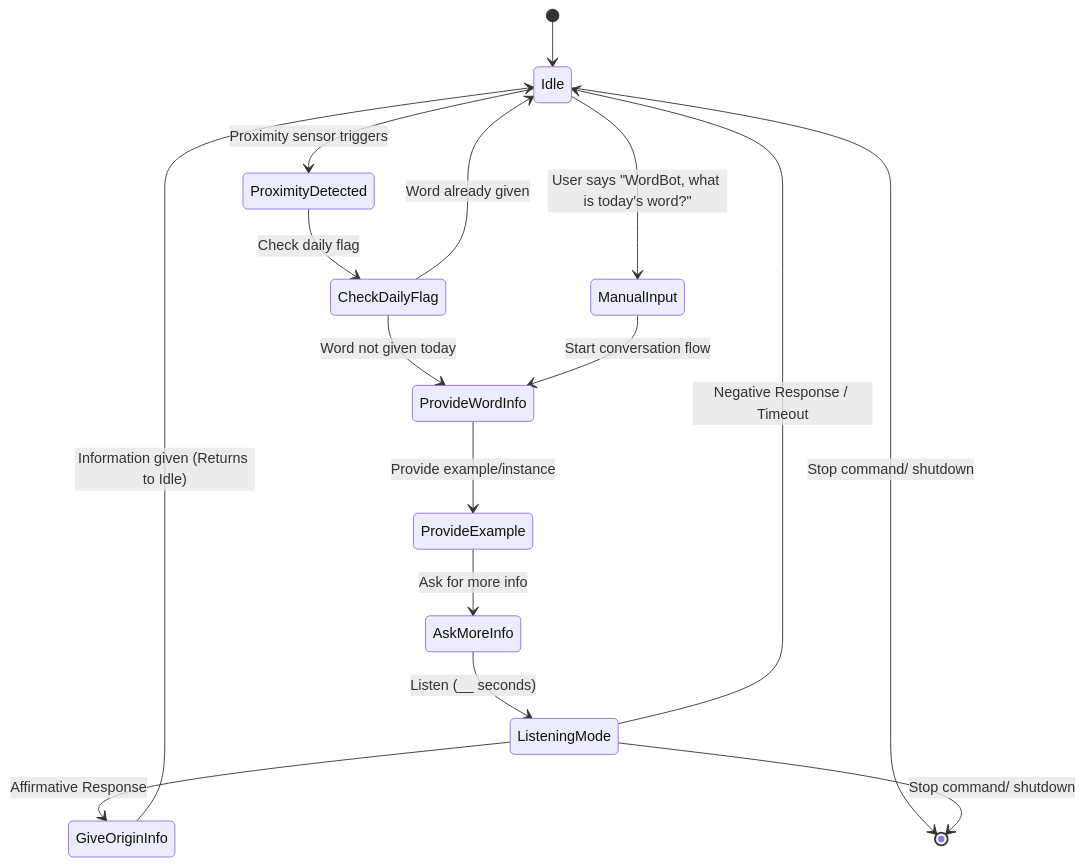
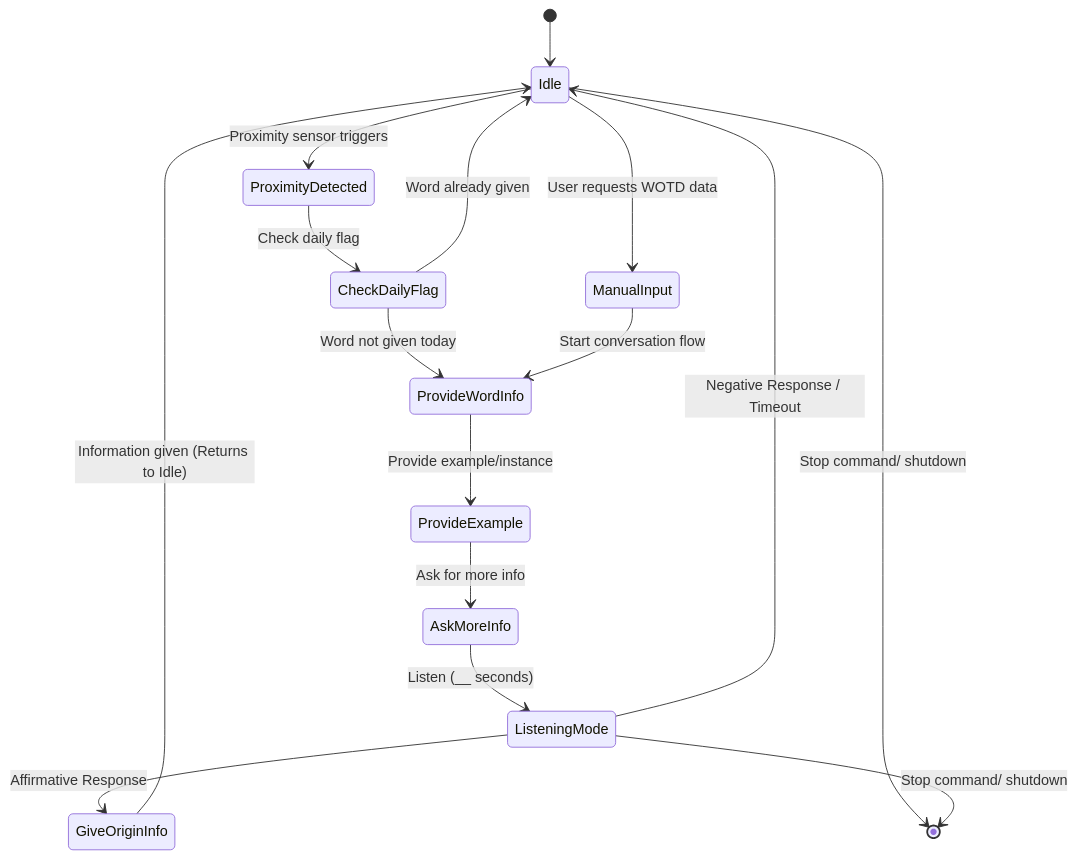
The second of 2 diagrams in Lab 3/README.md (ji227/Jesse-Iriah-s-Lab-Hub), drawn with Mermaid before and after one commit. The commit also changed other lines of this file, not shown here.

````diff
--- a/Lab 3/README.md
+++ b/Lab 3/README.md
@@ -95,24 +95,24 @@
 ```mermaid
 stateDiagram-v2
     [*] --> Idle
     Idle --> ProximityDetected : Proximity sensor triggers
-    Idle --> ManualInput : User says "WordBot, what is today's word?"
+    Idle --> ManualInput : User requests WOTD data
     Idle --> [*] : Stop command/ shutdown
     
     ProximityDetected --> CheckDailyFlag : Check daily flag
     CheckDailyFlag --> ProvideWordInfo : Word not given today
     CheckDailyFlag --> Idle : Word already given
     
     ManualInput --> ProvideWordInfo : Start conversation flow
     
     ProvideWordInfo --> ProvideExample : Provide example/instance
     ProvideExample --> AskMoreInfo : Ask for more info
     
     AskMoreInfo --> ListeningMode : Listen (__ seconds)
     
     ListeningMode --> GiveOriginInfo : Affirmative Response 
     ListeningMode --> Idle : Negative Response / Timeout
     ListeningMode --> [*] : Stop command/ shutdown
     
     GiveOriginInfo --> Idle : Information given (Returns to Idle)
 ```
````
